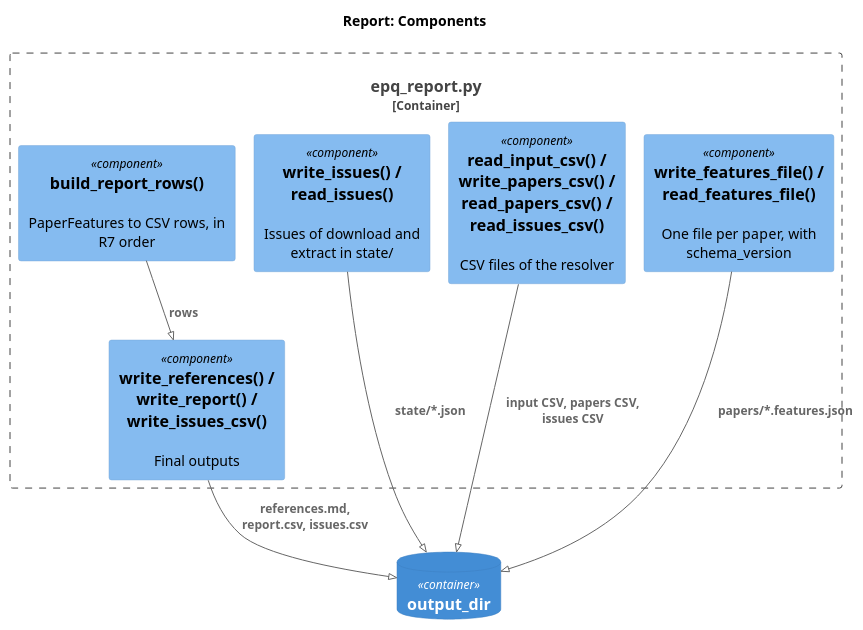
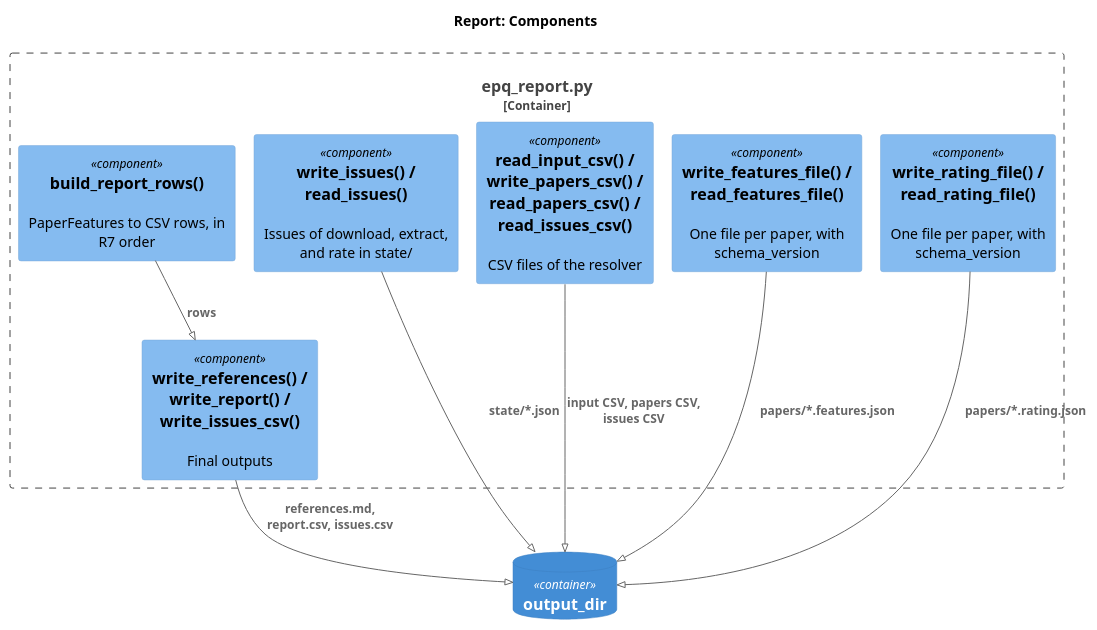
One commit to gpsaggese/gpsaggese.github.io changed the diagram in research/Estimate_academic_paper_quality/docs/02.7-design.report.md. Above: the diagram before and after it, drawn with PlantUML. The commit also changed other lines of this file and 44 other files, not shown here.

````diff
--- a/research/Estimate_academic_paper_quality/docs/02.7-design.report.md
+++ b/research/Estimate_academic_paper_quality/docs/02.7-design.report.md
@@ -37,19 +41,21 @@
 ```plantuml
 !pragma layout smetana
 !include <C4/C4_Component>
 LAYOUT_TOP_DOWN()
 title Report: Components
 Container_Boundary(r, "epq_report.py") {
-  Component(state, "write_issues() / read_issues()", "", "Issues of download and extract in state/")
+  Component(state, "write_issues() / read_issues()", "", "Issues of download, extract, and rate in state/")
   Component(csvs, "read_input_csv() / write_papers_csv() / read_papers_csv() / read_issues_csv()", "", "CSV files of the resolver")
   Component(feat, "write_features_file() / read_features_file()", "", "One file per paper, with schema_version")
+  Component(rating, "write_rating_file() / read_rating_file()", "", "One file per paper, with schema_version")
   Component(rows, "build_report_rows()", "", "PaperFeatures to CSV rows, in R7 order")
   Component(out, "write_references() / write_report() / write_issues_csv()", "", "Final outputs")
 }
 ContainerDb(dir, "output_dir", "", "")
 Rel(state, dir, "state/*.json")
 Rel(csvs, dir, "input CSV, papers CSV, issues CSV")
 Rel(feat, dir, "papers/*.features.json")
+Rel(rating, dir, "papers/*.rating.json")
 Rel(rows, out, "rows")
 Rel(out, dir, "references.md, report.csv, issues.csv")
 ```
````
